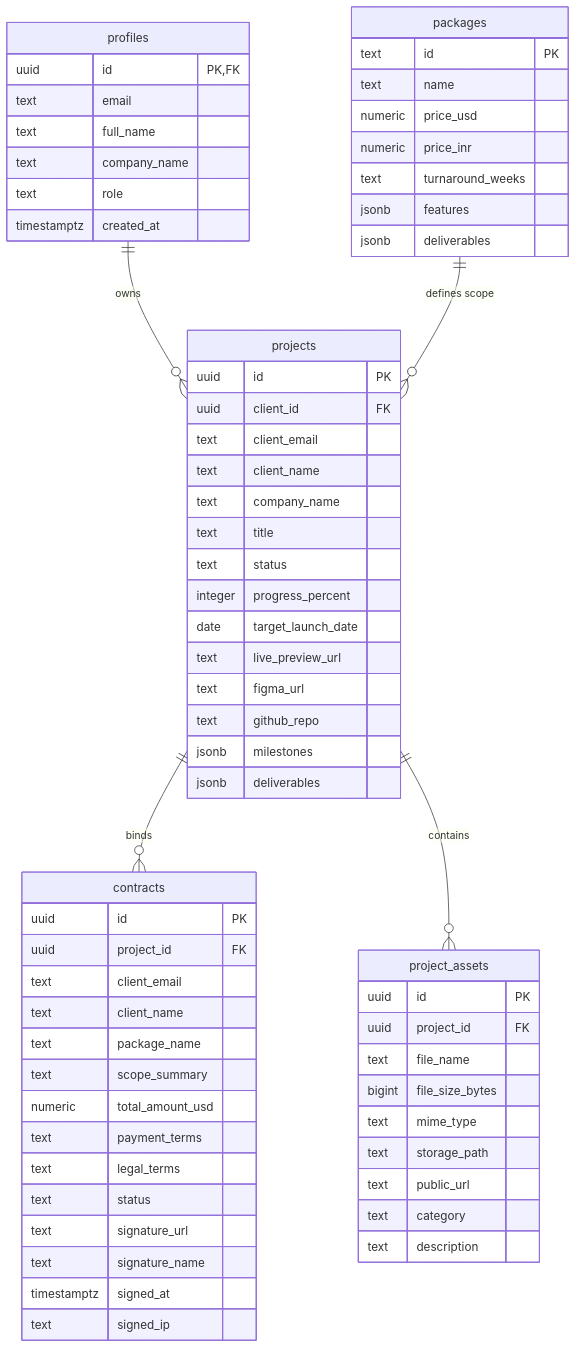
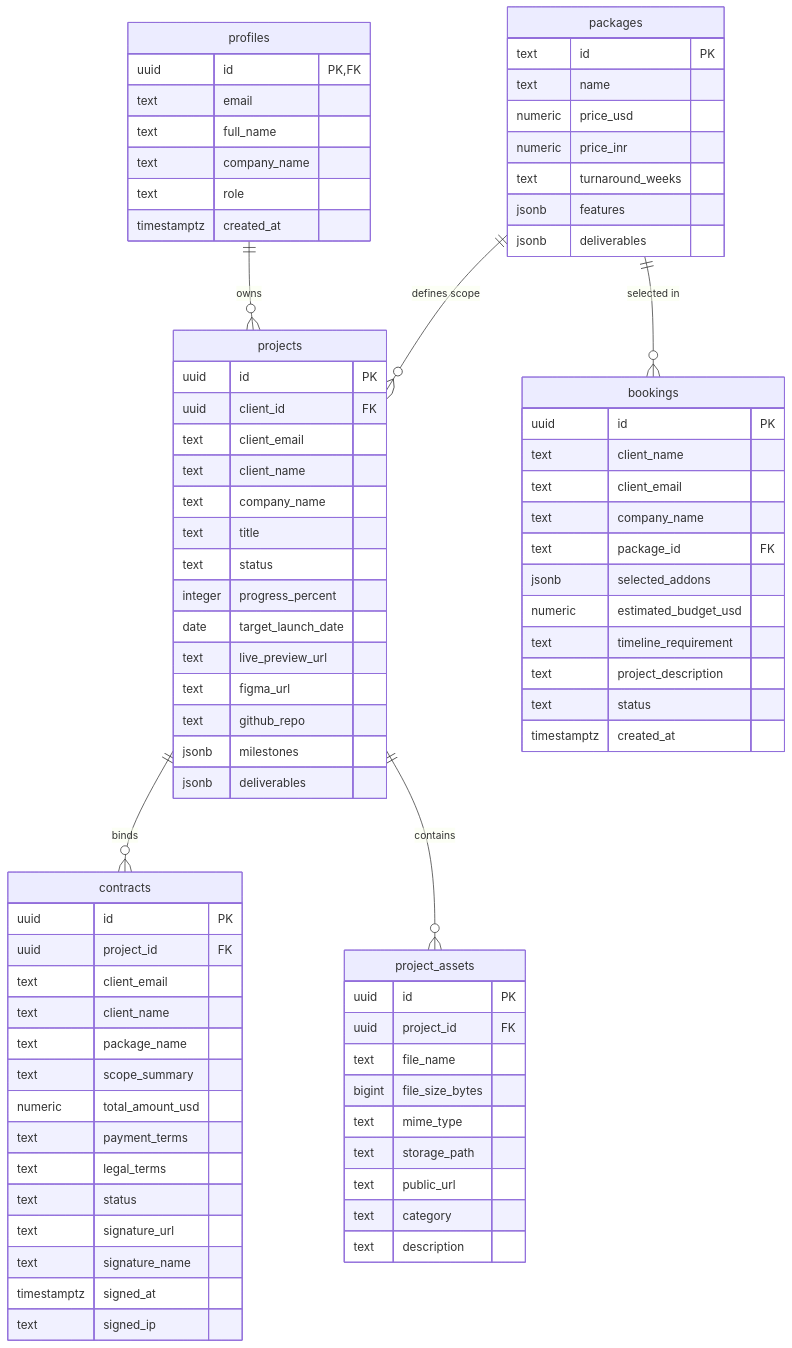
Before and after one commit to tanie-lalwani/Tanie: the second of 2 diagrams in CLIENT_MANAGEMENT_DOCS.md, drawn with Mermaid. The commit also changed other lines of this file and 1 other file, not shown here.

Commit message:
docs: create agent rule for continuous documentation and update CLIENT_MANAGEMENT_DOCS

````diff
--- a/CLIENT_MANAGEMENT_DOCS.md
+++ b/CLIENT_MANAGEMENT_DOCS.md
@@ -85,6 +86,7 @@
     packages ||--o{ projects : "defines scope"
     projects ||--o{ contracts : "binds"
     projects ||--o{ project_assets : "contains"
+    packages ||--o{ bookings : "selected in"
 
     profiles {
         uuid id PK,FK
@@ -150,4 +152,18 @@
         text category
         text description
     }
+
+    bookings {
+        uuid id PK
+        text client_name
+        text client_email
+        text company_name
+        text package_id FK
+        jsonb selected_addons
+        numeric estimated_budget_usd
+        text timeline_requirement
+        text project_description
+        text status
+        timestamptz created_at
+    }
 ```
````
